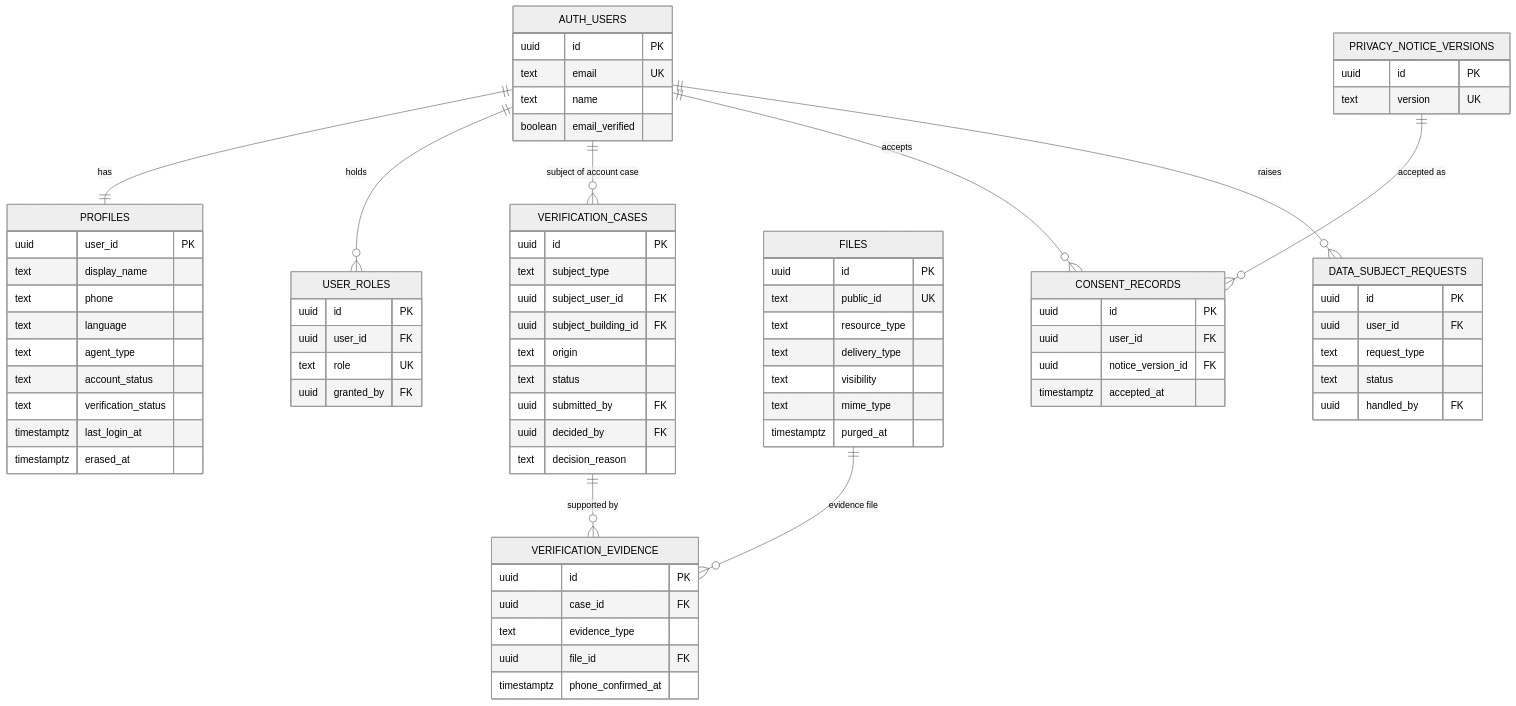
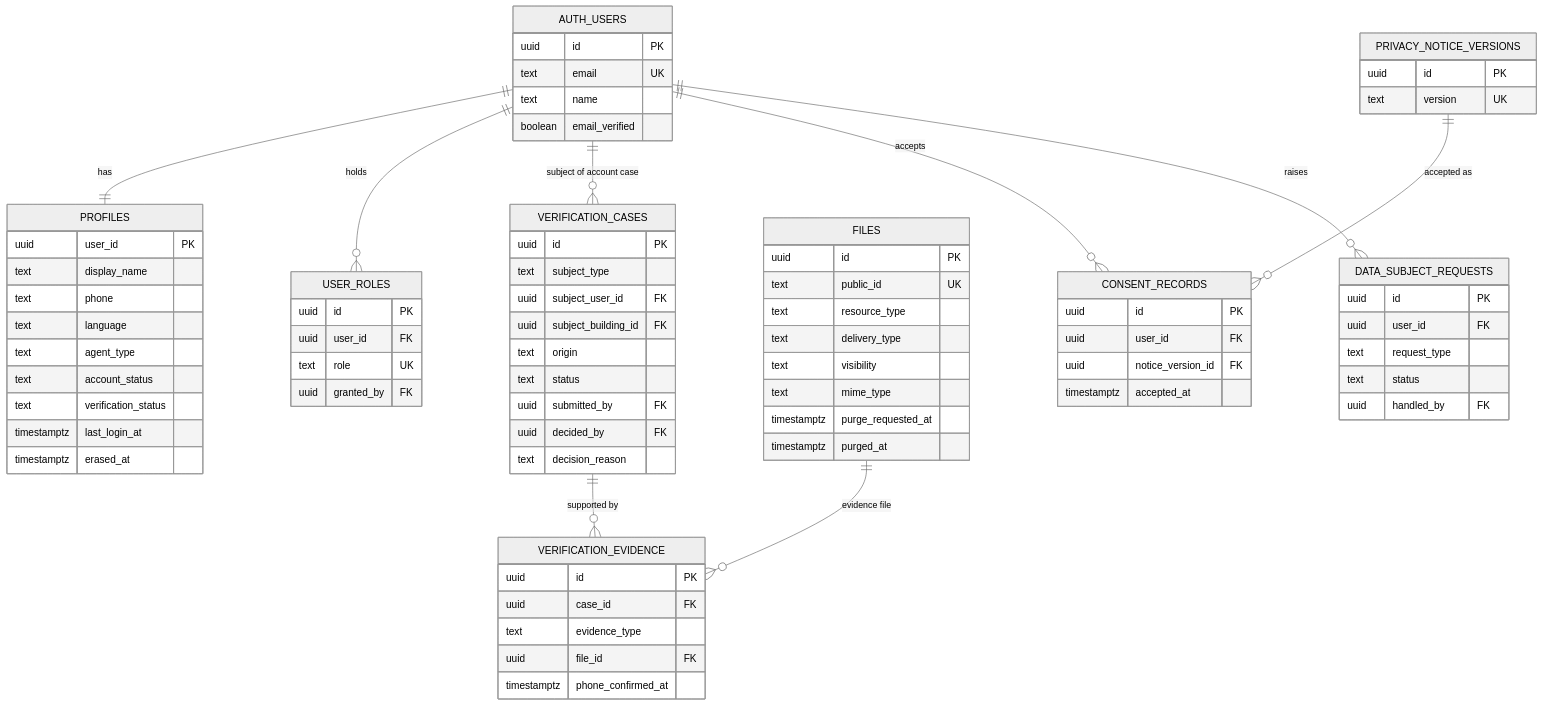
One commit to VWanyungu/ez-keja changed the second of 5 diagrams in Documentation/architecture/DATABASE_DESIGN.md. Above: the diagram before and after it, drawn with Mermaid (neutral theme). The commit also changed other lines of this file and 18 other files, not shown here.

````diff
--- a/Documentation/architecture/DATABASE_DESIGN.md
+++ b/Documentation/architecture/DATABASE_DESIGN.md
@@ -285,78 +285,79 @@
 ```mermaid
 erDiagram
   AUTH_USERS {
     uuid id PK
     text email UK
     text name
     boolean email_verified
   }
   PROFILES {
     uuid user_id PK
     text display_name
     text phone
     text language
     text agent_type
     text account_status
     text verification_status
     timestamptz last_login_at
     timestamptz erased_at
   }
   USER_ROLES {
     uuid id PK
     uuid user_id FK
     text role UK
     uuid granted_by FK
   }
   VERIFICATION_CASES {
     uuid id PK
     text subject_type
     uuid subject_user_id FK
     uuid subject_building_id FK
     text origin
     text status
     uuid submitted_by FK
     uuid decided_by FK
     text decision_reason
   }
   VERIFICATION_EVIDENCE {
     uuid id PK
     uuid case_id FK
     text evidence_type
     uuid file_id FK
     timestamptz phone_confirmed_at
   }
   FILES {
     uuid id PK
     text public_id UK
     text resource_type
     text delivery_type
     text visibility
     text mime_type
+    timestamptz purge_requested_at
     timestamptz purged_at
   }
   PRIVACY_NOTICE_VERSIONS {
     uuid id PK
     text version UK
   }
   CONSENT_RECORDS {
     uuid id PK
     uuid user_id FK
     uuid notice_version_id FK
     timestamptz accepted_at
   }
   DATA_SUBJECT_REQUESTS {
     uuid id PK
     uuid user_id FK
     text request_type
     text status
     uuid handled_by FK
   }
   AUTH_USERS ||--|| PROFILES : has
   AUTH_USERS ||--o{ USER_ROLES : holds
   AUTH_USERS ||--o{ VERIFICATION_CASES : "subject of account case"
   VERIFICATION_CASES ||--o{ VERIFICATION_EVIDENCE : "supported by"
   FILES ||--o{ VERIFICATION_EVIDENCE : "evidence file"
   PRIVACY_NOTICE_VERSIONS ||--o{ CONSENT_RECORDS : "accepted as"
   AUTH_USERS ||--o{ CONSENT_RECORDS : accepts
   AUTH_USERS ||--o{ DATA_SUBJECT_REQUESTS : raises
 ```
````
